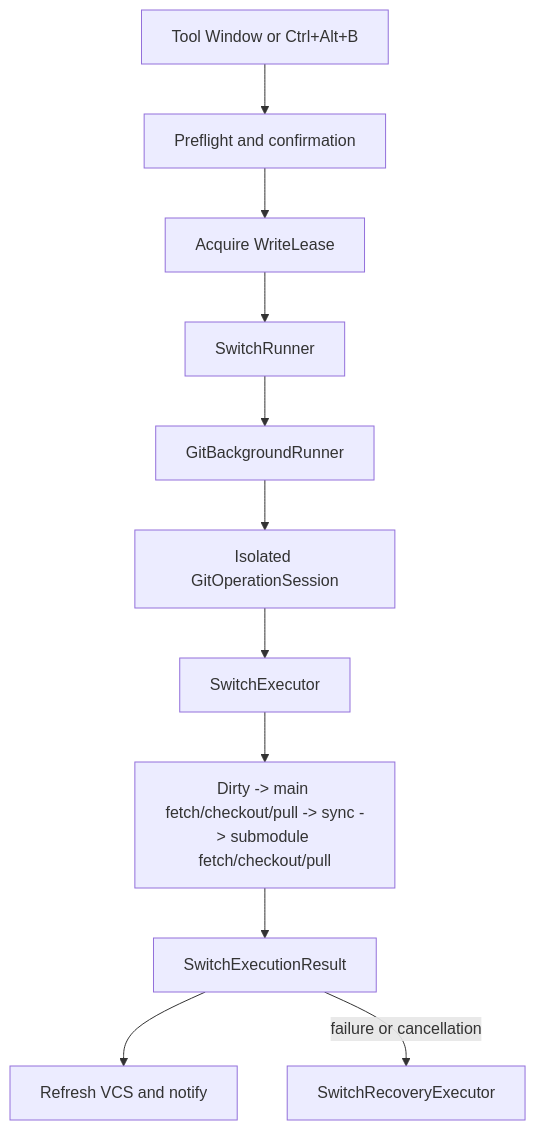
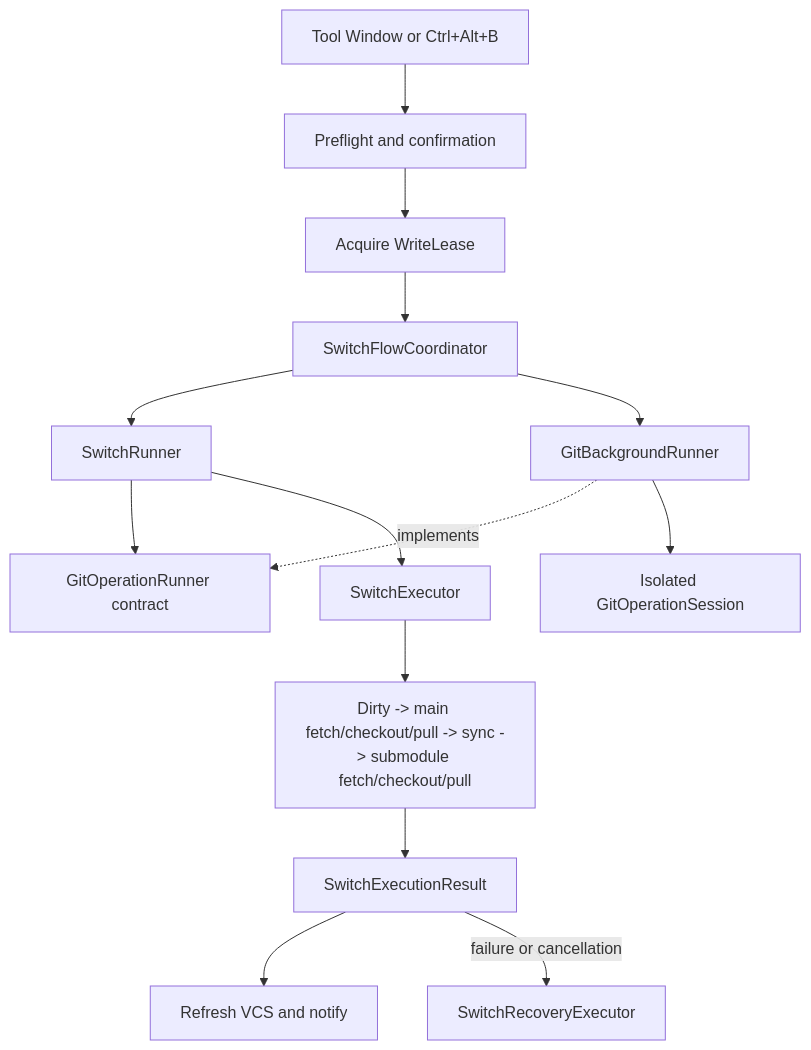
One commit to Tinyee/rider-branch-switcher changed the second of 2 diagrams in docs/ARCHITECTURE.md. Above: the diagram before and after it, drawn with Mermaid. The commit also changed other lines of this file and 51 other files, not shown here.

````diff
--- a/docs/ARCHITECTURE.md
+++ b/docs/ARCHITECTURE.md
@@ -109,13 +112,16 @@
 ```mermaid
 flowchart TD
     Entry["Tool Window or Ctrl+Alt+B"] --> Preflight["Preflight and confirmation"]
     Preflight --> Lease["Acquire WriteLease"]
-    Lease --> Runner["SwitchRunner"]
-    Runner --> Background["GitBackgroundRunner"]
+    Lease --> Flow["SwitchFlowCoordinator"]
+    Flow --> Runner["SwitchRunner"]
+    Flow --> Background["GitBackgroundRunner"]
+    Runner --> Boundary["GitOperationRunner contract"]
+    Background -. implements .-> Boundary
     Background --> Session["Isolated GitOperationSession"]
-    Session --> Executor["SwitchExecutor"]
+    Runner --> Executor["SwitchExecutor"]
     Executor --> Steps["Dirty -> main fetch/checkout/pull -> sync -> submodule fetch/checkout/pull"]
     Steps --> Result["SwitchExecutionResult"]
     Result --> Notify["Refresh VCS and notify"]
     Result -->|failure or cancellation| Recovery["SwitchRecoveryExecutor"]
 ```
````
